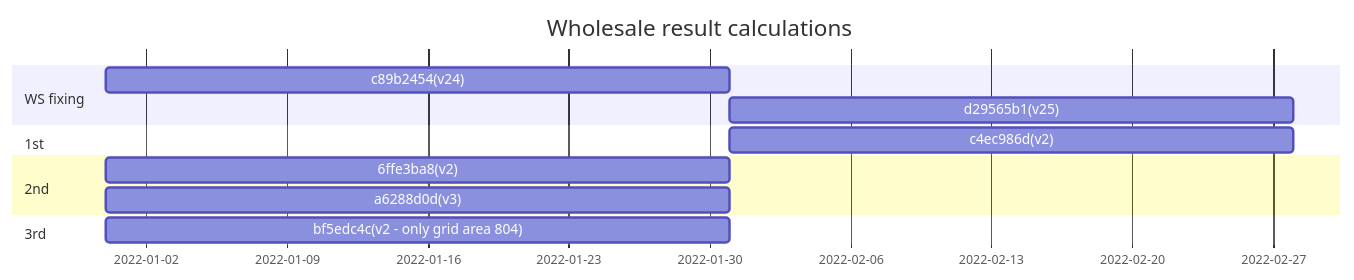
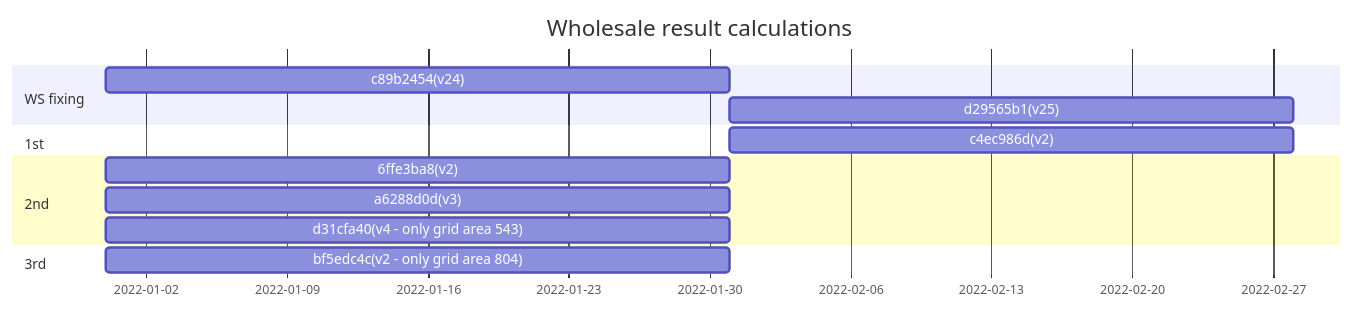
The second of 2 diagrams in source/dotnet/wholesale-api/CalculationResults/CalculationResults.IntegrationTests/TestData/README.md (Energinet-DataHub/opengeh-wholesale), drawn with Mermaid before and after one commit. The commit also changed 5 other files, not shown here.

````diff
--- a/source/dotnet/wholesale-api/CalculationResults/CalculationResults.IntegrationTests/TestData/README.md
+++ b/source/dotnet/wholesale-api/CalculationResults/CalculationResults.IntegrationTests/TestData/README.md
@@ -36,15 +36,16 @@
 ```mermaid
 gantt
     title Wholesale result calculations
     dateFormat YYYY-MM-DD
     section WS fixing
         c89b2454(v24)  :2021-12-31, 2022-01-31
         d29565b1(v25)  :2022-01-31, 2022-02-28
     section 1st
         c4ec986d(v2)   :2022-01-31, 2022-02-28
     section 2nd
         6ffe3ba8(v2)   :2021-12-31, 2022-01-31
         a6288d0d(v3)   :2021-12-31, 2022-01-31
+        d31cfa40(v4 - only grid area 543)   :2021-12-31, 2022-01-31
     section 3rd
-        bf5edc4c(v2 - only  grid area 804)   :2021-12-31, 2022-01-31
+        bf5edc4c(v2 - only grid area 804)   :2021-12-31, 2022-01-31
 ```
````
